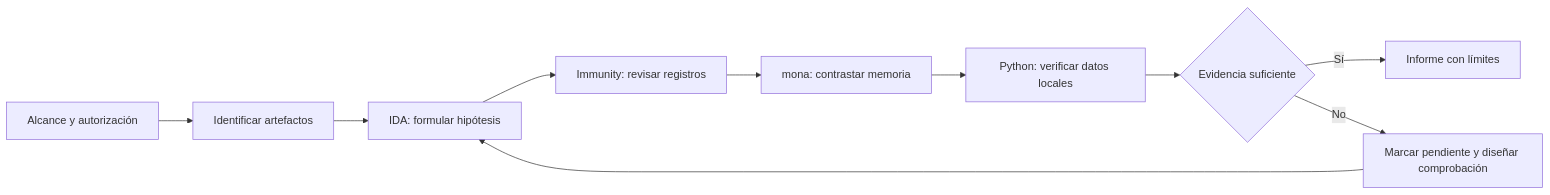
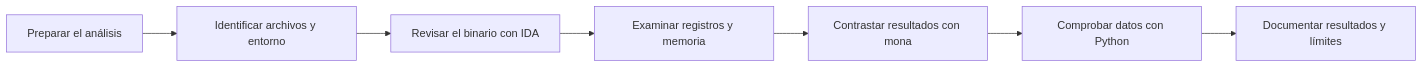
The diagram in README.md (jonbondani/arsenal-analista), drawn with Mermaid before and after one commit. The commit also changed other lines of this file and 23 other files, not shown here.

````diff
--- a/README.md
+++ b/README.md
@@ -35,12 +35,9 @@
 ```mermaid
 flowchart LR
-    A[Alcance y autorización] --> B[Identificar artefactos]
-    B --> C[IDA: formular hipótesis]
-    C --> D[Immunity: revisar registros]
-    D --> E[mona: contrastar memoria]
-    E --> F[Python: verificar datos locales]
-    F --> G{Evidencia suficiente}
-    G -->|Sí| H[Informe con límites]
-    G -->|No| I[Marcar pendiente y diseñar comprobación]
-    I --> C
+    A[Preparar el análisis] --> B[Identificar archivos y entorno]
+    B --> C[Revisar el binario con IDA]
+    C --> D[Examinar registros y memoria]
+    D --> E[Contrastar resultados con mona]
+    E --> F[Comprobar datos con Python]
+    F --> G[Documentar resultados y límites]
 ```
````
